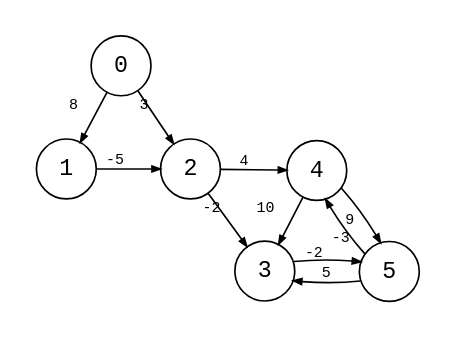
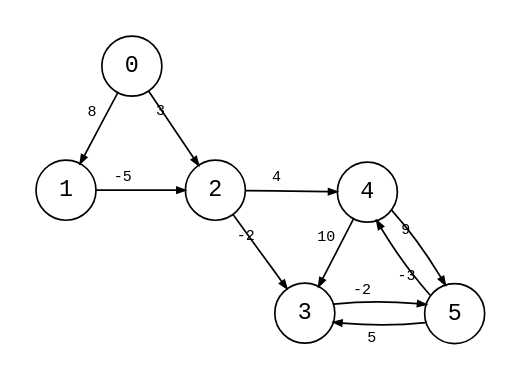
The diagram in src/bang_jensen_99.dot (bsdrks/graaf-images), drawn with Graphviz before and after one commit. The commit also changed 50 other files, not shown here.

```diff
--- a/src/bang_jensen_99.dot
+++ b/src/bang_jensen_99.dot
@@ -1,20 +1,112 @@
 digraph {
     node [shape=circle, fontname="monospace"];
     edge [arrowsize=0.5, fontname="monospace", fontsize=9];
     layout=neato;
+    mode="sgd";
+    maxiter=10000;
+    scale=1.2;
     normalize=true;
     pad=0.2;
 
     1, 2, 3, 4, 5, 0;
 
-    0 -> {1} [label="8  "];
-    0 -> {2} [label="3 "];
-    1 -> {2} [label="-5"];
-    2 -> {3} [label=" -2"];
-    2 -> {4} [label="4"];
-    3 -> {5} [label="-2"];
-    4 -> {3} [label="10  "];
-    4 -> {5} [label="9 "];
-    5 -> {3} [label="5"];
-    5 -> {4} [label="-3 "];
+    0 -> 1 [
+        label=<
+            <table border="0" cellborder="0" cellpadding="0">
+                <tr>
+                    <td>8</td>
+                </tr>
+            </table>
+        >
+    ];
+
+    0 -> 2 [
+        label=<
+            <table border="0" cellborder="0" cellpadding="1">
+                <tr>
+                    <td>3</td>
+                </tr>
+            </table>
+        >
+    ];
+
+    1 -> 2 [
+        label=<
+            <table border="0" cellborder="0" cellpadding="1">
+                <tr>
+                    <td>-5</td>
+                </tr>
+            </table>
+        >
+    ];
+
+    2 -> 3 [
+        label=<
+            <table border="0" cellborder="0" cellpadding="0">
+                <tr>
+                    <td>-2</td>
+                </tr>
+            </table>
+        >
+    ];
+
+    2 -> 4 [
+        label=<
+            <table border="0" cellborder="0" cellpadding="1">
+                <tr>
+                    <td>4</td>
+                </tr>
+            </table>
+        >
+    ];
+
+    3 -> 5 [
+        label=<
+            <table border="0" cellborder="0" cellpadding="1">
+                <tr>
+                    <td>-2</td>
+                </tr>
+            </table>
+        >
+    ];
+
+    4 -> 3 [
+        label=<
+            <table border="0" cellborder="0" cellpadding="0">
+                <tr>
+                    <td>10</td>
+                </tr>
+            </table>
+        >
+    ];
+
+    4 -> 5 [
+        label=<
+            <table border="0" cellborder="0" cellpadding="1">
+                <tr>
+                    <td>9</td>
+                </tr>
+            </table>
+        >
+    ];
+
+    5 -> 3 [
+        label=<
+            <table border="0" cellborder="0" cellpadding="2">
+                <tr>
+                    <td bgcolor="#ffffffbb">5</td>
+                </tr>
+            </table>
+        >
+    ];
+
+    5 -> 4 [
+        label=<
+            <table border="0" cellborder="0" cellpadding="2">
+                <tr>
+                    <td>-3</td>
+                </tr>
+            </table>
+        >
+    ];
 }
```
